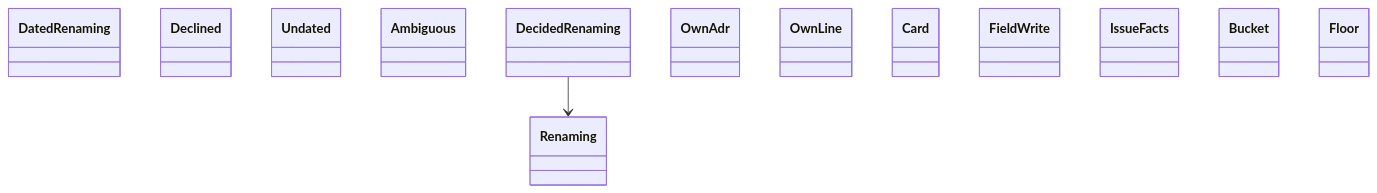
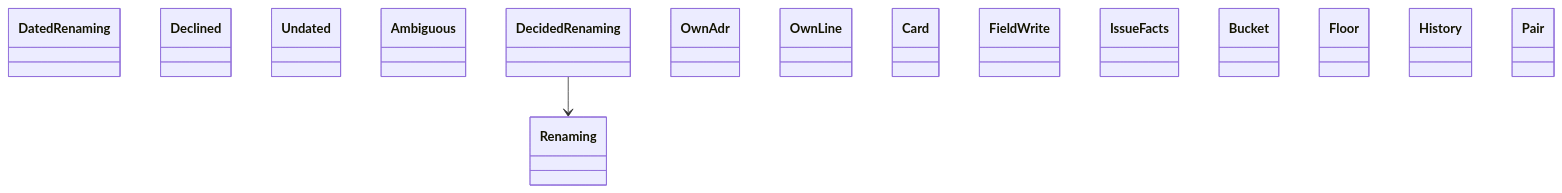
The diagram in docs/architecture/generated/classes-process-domain-landing-1.md (GonzaloZevallos/agentic-system), drawn with Mermaid before and after one commit. The commit also changed 2 other files, not shown here.

Commit message:
Regenerate the class diagrams for the new stacking types

````diff
--- a/docs/architecture/generated/classes-process-domain-landing-1.md
+++ b/docs/architecture/generated/classes-process-domain-landing-1.md
@@ -34,17 +34,19 @@
 ```mermaid
 classDiagram
     class adr_dated__DatedRenaming["DatedRenaming"]
     class adr_dated__Declined["Declined"]
     class adr_dated__Undated["Undated"]
     class adr_numbers__Ambiguous["Ambiguous"]
     class adr_numbers__DecidedRenaming["DecidedRenaming"]
     class adr_numbers__OwnAdr["OwnAdr"]
     class adr_numbers__OwnLine["OwnLine"]
     class adr_numbers__Renaming["Renaming"]
     class board__Card["Card"]
     class board__FieldWrite["FieldWrite"]
     class board__IssueFacts["IssueFacts"]
     class cost_history__Bucket["Bucket"]
     class cost_history__Floor["Floor"]
+    class cost_history__History["History"]
+    class cost_history__Pair["Pair"]
     adr_numbers__DecidedRenaming --> adr_numbers__Renaming
 ```
````
